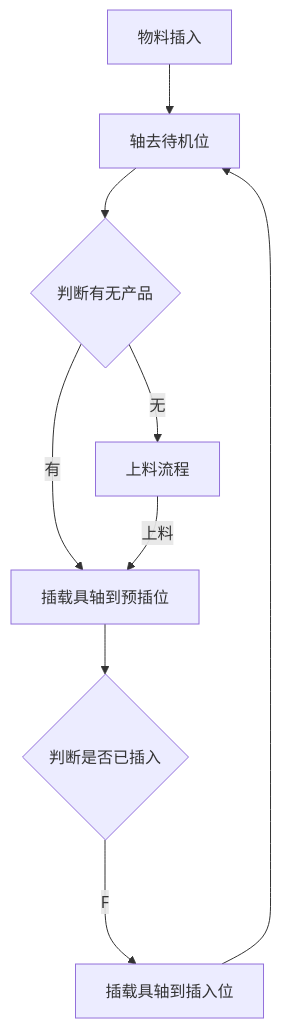
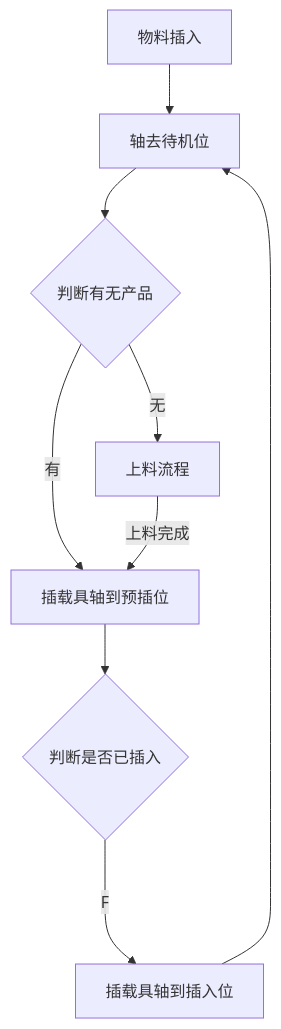
Before and after one commit to zmq000/iodraw-files: the diagram in all/VR-OP90物料插入.md, drawn with Mermaid.

Commit message:
2026-06-18 16:05:48 update

````diff
--- a/all/VR-OP90物料插入.md
+++ b/all/VR-OP90物料插入.md
@@ -1,11 +1,12 @@
 ```mermaid
 graph TD
 0[物料插入]-->10
 10[轴去待机位]-->20
 20{判断有无产品}-->|无|30
 20--->|有|60
-30[上料流程]-->|上料|60
+30[上料流程]-->|上料完成|60
 60[插载具轴到预插位]-->70
 70{判断是否已插入}--->|F|80
+70
 80[插载具轴到插入位]-->10
 ```
````
